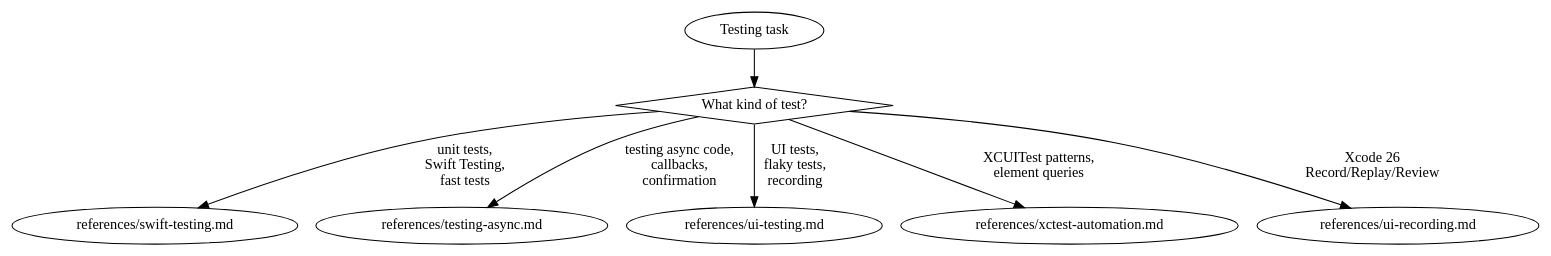
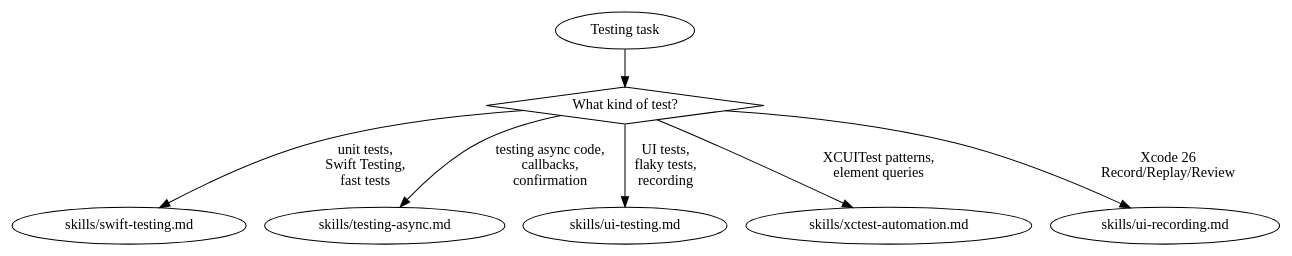
One commit to CharlesWiltgen/Axiom changed the diagram in .claude-plugin/plugins/axiom/skills/axiom-testing/SKILL.md. Above: the diagram before and after it, drawn with Graphviz. The commit also changed other lines of this file and 266 other files, not shown here.

First line of the commit message:
refactor(skills): rename references/ to skills/ across all suites

````diff
--- a/.claude-plugin/plugins/axiom/skills/axiom-testing/SKILL.md
+++ b/.claude-plugin/plugins/axiom/skills/axiom-testing/SKILL.md
@@ -35,13 +35,13 @@
 ```dot
 digraph testing {
     start [label="Testing task" shape=ellipse];
     what [label="What kind of test?" shape=diamond];
 
     start -> what;
-    what -> "references/swift-testing.md" [label="unit tests,\nSwift Testing,\nfast tests"];
-    what -> "references/testing-async.md" [label="testing async code,\ncallbacks,\nconfirmation"];
-    what -> "references/ui-testing.md" [label="UI tests,\nflaky tests,\nrecording"];
-    what -> "references/xctest-automation.md" [label="XCUITest patterns,\nelement queries"];
-    what -> "references/ui-recording.md" [label="Xcode 26\nRecord/Replay/Review"];
+    what -> "skills/swift-testing.md" [label="unit tests,\nSwift Testing,\nfast tests"];
+    what -> "skills/testing-async.md" [label="testing async code,\ncallbacks,\nconfirmation"];
+    what -> "skills/ui-testing.md" [label="UI tests,\nflaky tests,\nrecording"];
+    what -> "skills/xctest-automation.md" [label="XCUITest patterns,\nelement queries"];
+    what -> "skills/ui-recording.md" [label="Xcode 26\nRecord/Replay/Review"];
 }
 ```
````
